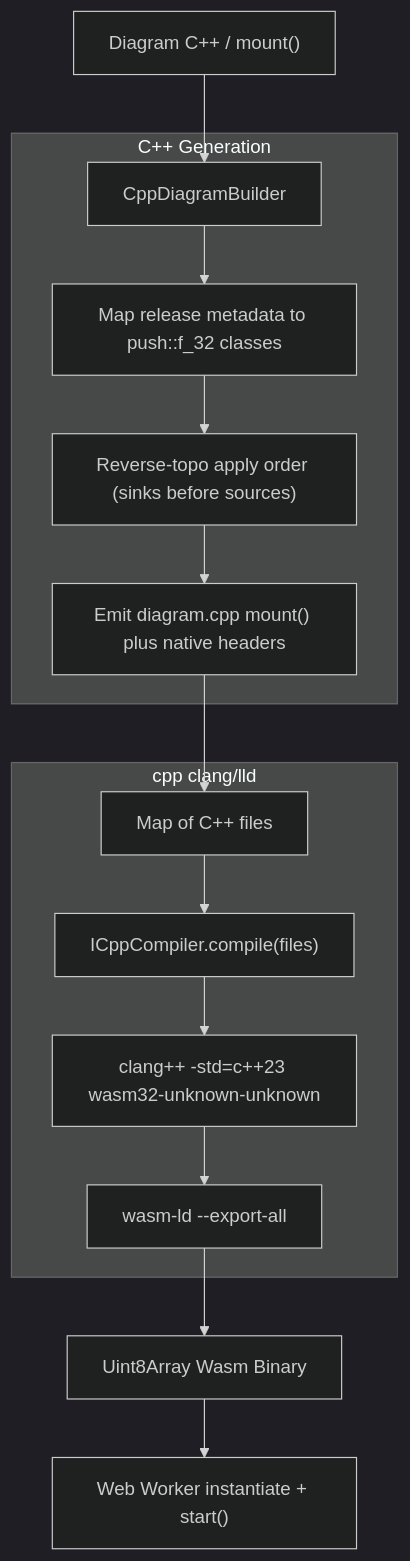
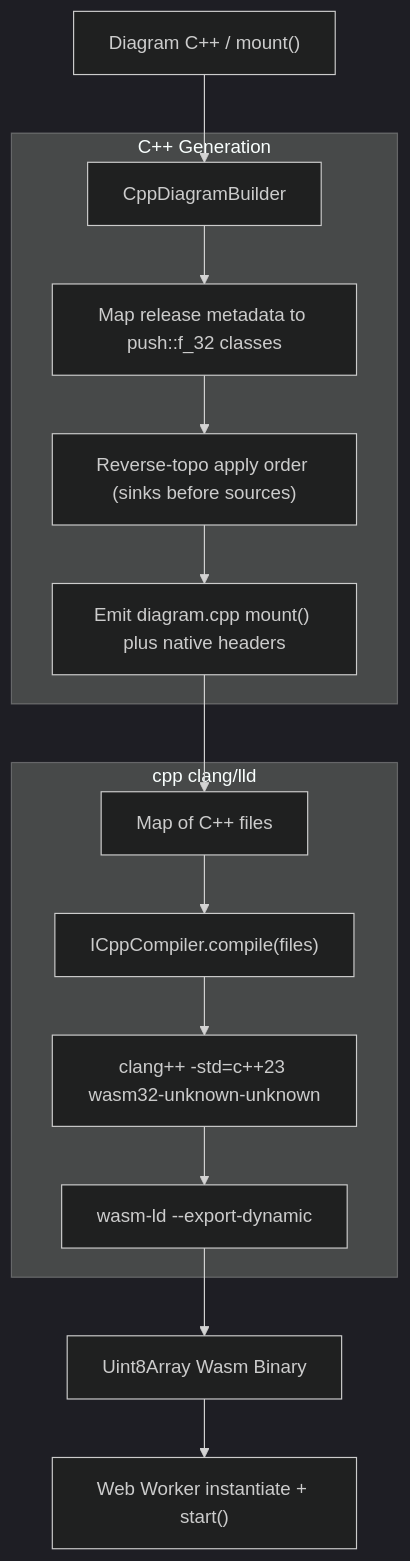
The second of 4 diagrams in README.md (dzmauchy/bld), drawn with Mermaid (dark theme) before and after one commit. The commit also changed other lines of this file and 21 other files, not shown here.

````diff
--- a/README.md
+++ b/README.md
@@ -162,21 +162,21 @@
 ```mermaid
 flowchart TD
     A["Diagram C++ / mount()"] --> B["CppDiagramBuilder"]
     
     subgraph Emit["C++ Generation"]
         B --> B1["Map release metadata to push::f_32 classes"]
         B1 --> B2["Reverse-topo apply order (sinks before sources)"]
         B2 --> B3["Emit diagram.cpp mount() plus native headers"]
     end
     
     B3 --> C["Map of C++ files"]
     
     subgraph ClangLld["cpp clang/lld"]
         C --> D["ICppCompiler.compile(files)"]
         D --> E["clang++ -std=c++23 wasm32-unknown-unknown"]
-        E --> F["wasm-ld --export-all"]
+        E --> F["wasm-ld --export-dynamic"]
     end
     
     F --> G["Uint8Array Wasm Binary"]
     G --> H["Web Worker instantiate + start()"]
 ```
````
